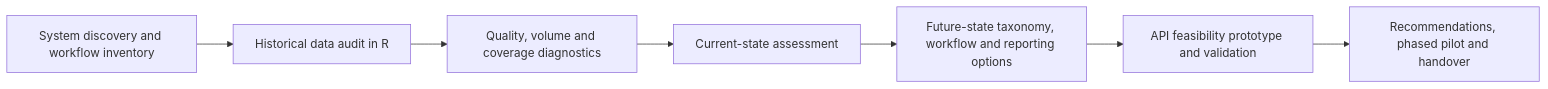
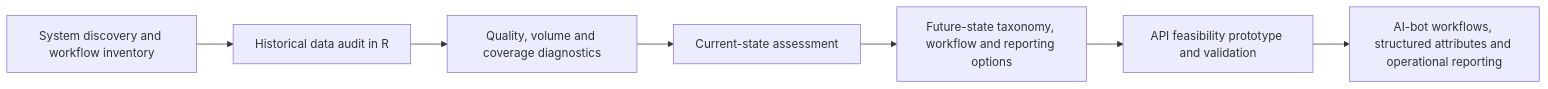
The diagram in README.md (davebrown9000/enterprise-data-pipeline-analytics), drawn with Mermaid before and after one commit. The commit also changed other lines of this file, not shown here.

Commit message:
Correct delivered outcome for AI-bot workflows and operational reporting

````diff
--- a/README.md
+++ b/README.md
@@ -13,9 +13,9 @@
 ```mermaid
 flowchart LR
     A[System discovery and workflow inventory] --> B[Historical data audit in R]
     B --> C[Quality, volume and coverage diagnostics]
     C --> D[Current-state assessment]
     D --> E[Future-state taxonomy, workflow and reporting options]
     E --> F[API feasibility prototype and validation]
-    F --> G[Recommendations, phased pilot and handover]
+    F --> G[AI-bot workflows, structured attributes and operational reporting]
 ```
````
